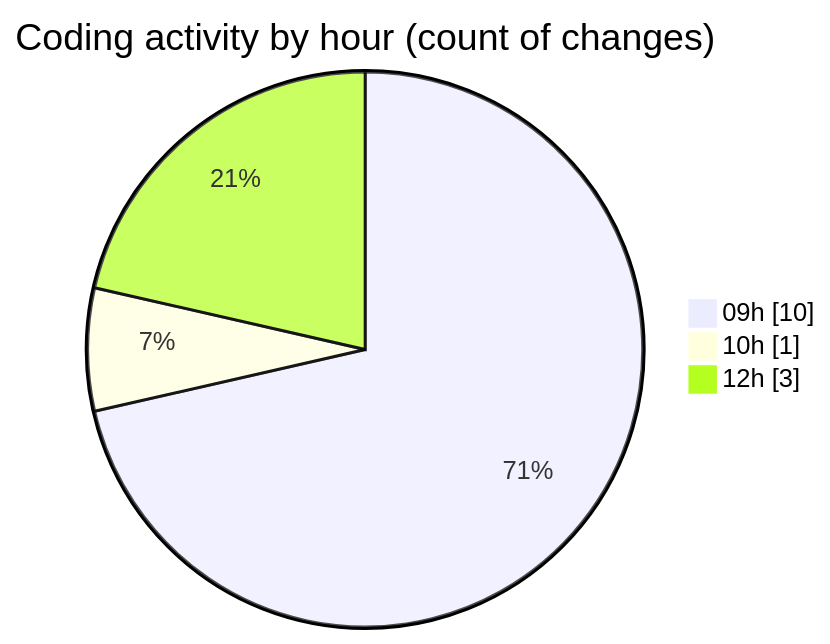
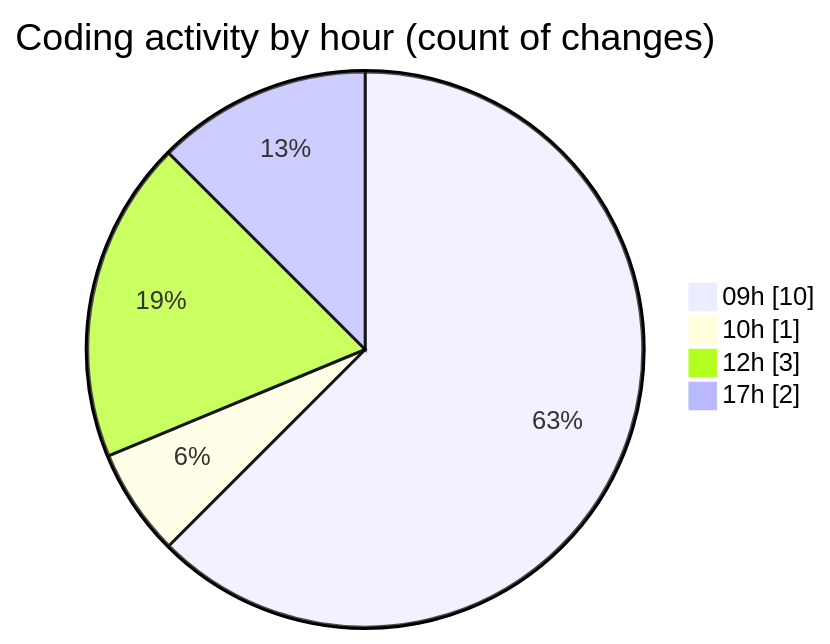
One commit to julien-gomy/code-tracking changed the second of 2 diagrams in 2025-11-13/eventscop-frontend-guide__workspace_/README.md. Above: the diagram before and after it, drawn with Mermaid. The commit also changed other lines of this file and 1 other file, not shown here.

````diff
--- a/2025-11-13/eventscop-frontend-guide__workspace_/README.md
+++ b/2025-11-13/eventscop-frontend-guide__workspace_/README.md
@@ -33,7 +35,8 @@
 ```mermaid
 pie showData
 title Coding activity by hour (count of changes)
 "09h" : 10
 "10h" : 1
 "12h" : 3
+"17h" : 2
 ```
````
